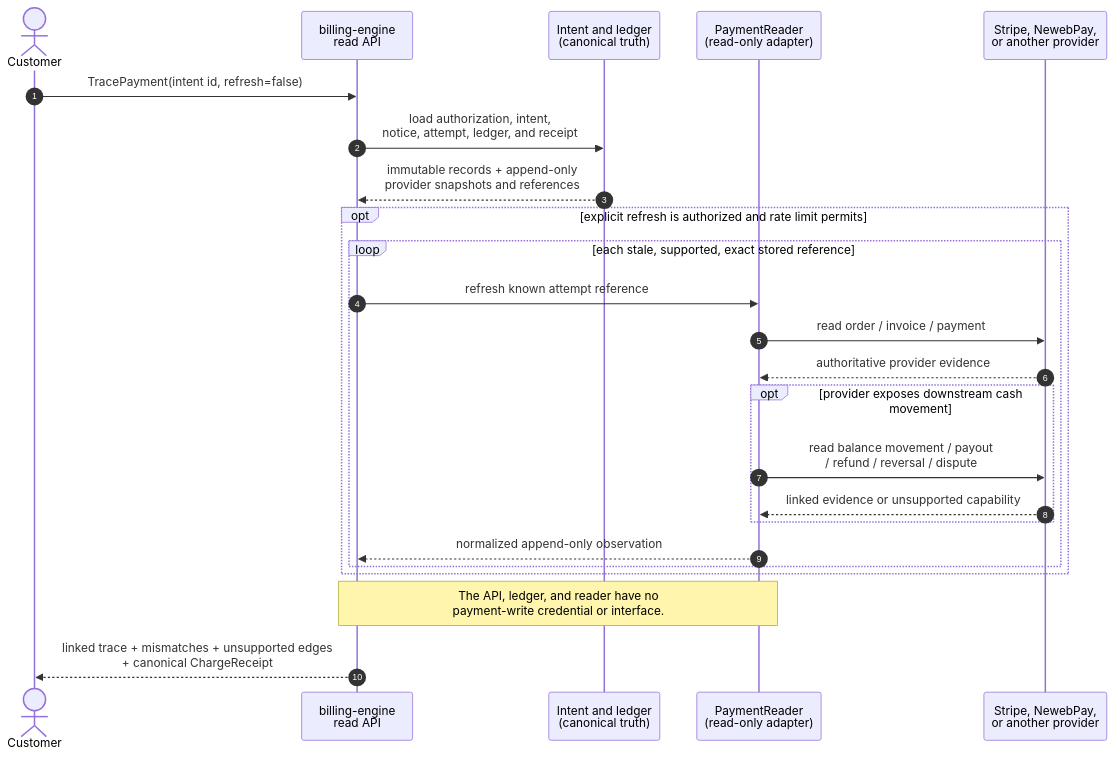
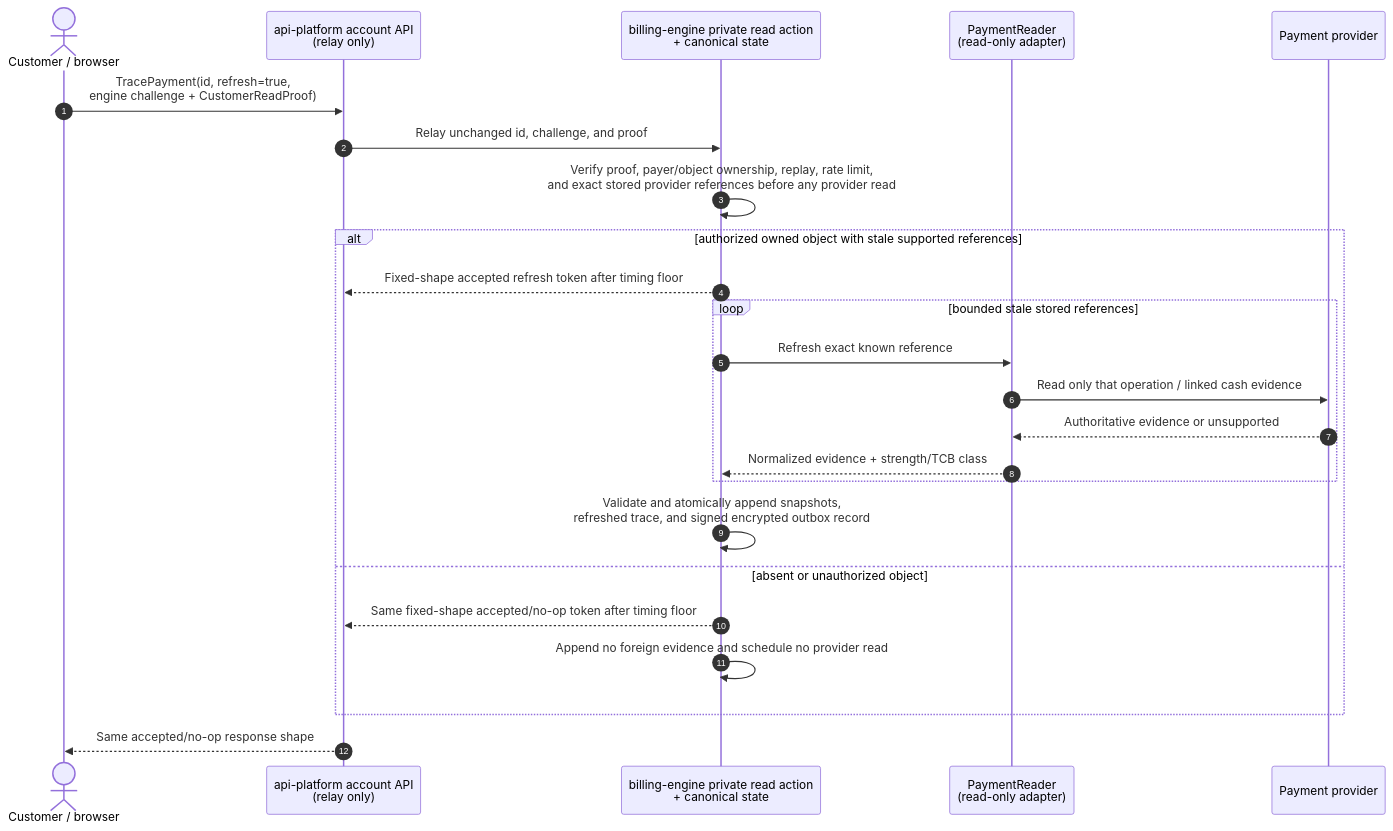
One commit to mirrorstack-ai/billing-engine changed the second of 2 diagrams in docs/LEDGER-AND-RECEIPTS.md. Above: the diagram before and after it, drawn with Mermaid. The commit also changed other lines of this file and 8 other files, not shown here.

Commit message:
docs: harden intent-only billing architecture

````diff
--- a/docs/LEDGER-AND-RECEIPTS.md
+++ b/docs/LEDGER-AND-RECEIPTS.md
@@ -208,29 +298,27 @@
 ```mermaid
 sequenceDiagram
     autonumber
-    actor Customer
-    participant API as billing-engine<br/>read API
-    participant Ledger as Intent and ledger<br/>(canonical truth)
+    actor Customer as Customer / browser
+    participant API as api-platform account API<br/>(relay only)
+    participant Engine as billing-engine private read action<br/>+ canonical state
     participant Reader as PaymentReader<br/>(read-only adapter)
-    participant Provider as Stripe, NewebPay,<br/>or another provider
+    participant Provider as Payment provider
 
-    Customer->>API: TracePayment(intent id, refresh=false)
-    API->>Ledger: load authorization, intent,<br/>notice, attempt, ledger, and receipt
-    Ledger-->>API: immutable records + append-only<br/>provider snapshots and references
-
-    opt explicit refresh is authorized and rate limit permits
-        loop each stale, supported, exact stored reference
-            API->>Reader: refresh known attempt reference
-            Reader->>Provider: read order / invoice / payment
-            Provider-->>Reader: authoritative provider evidence
-            opt provider exposes downstream cash movement
-                Reader->>Provider: read balance movement / payout<br/>/ refund / reversal / dispute
-                Provider-->>Reader: linked evidence or unsupported capability
-            end
-            Reader-->>API: normalized append-only observation
+    Customer->>API: TracePayment(id, refresh=true,<br/>engine challenge + CustomerReadProof)
+    API->>Engine: Relay unchanged id, challenge, and proof
+    Engine->>Engine: Verify proof, payer/object ownership, replay, rate limit,<br/>and exact stored provider references before any provider read
+    alt authorized owned object with stale supported references
+        Engine-->>API: Fixed-shape accepted refresh token after timing floor
+        loop bounded stale stored references
+            Engine->>Reader: Refresh exact known reference
+            Reader->>Provider: Read only that operation / linked cash evidence
+            Provider-->>Reader: Authoritative evidence or unsupported
+            Reader-->>Engine: Normalized evidence + strength/TCB class
         end
+        Engine->>Engine: Validate and atomically append snapshots,<br/>refreshed trace, and signed encrypted outbox record
+    else absent or unauthorized object
+        Engine-->>API: Same fixed-shape accepted/no-op token after timing floor
+        Engine->>Engine: Append no foreign evidence and schedule no provider read
     end
-
-    Note over API,Reader: The API, ledger, and reader have no<br/>payment-write credential or interface.
-    API-->>Customer: linked trace + mismatches + unsupported edges<br/>+ canonical ChargeReceipt
+    API-->>Customer: Same accepted/no-op response shape
 ```
````
